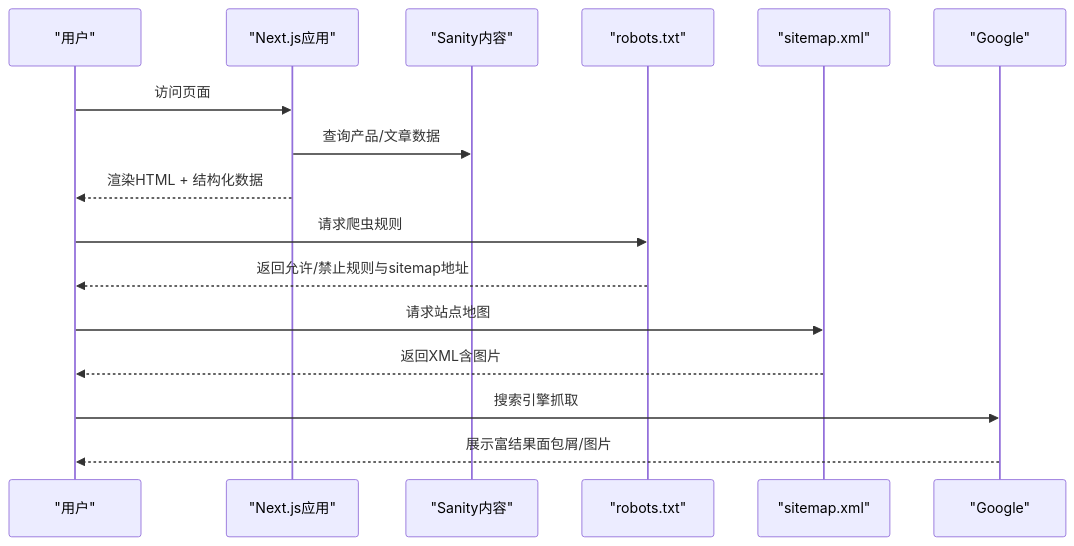
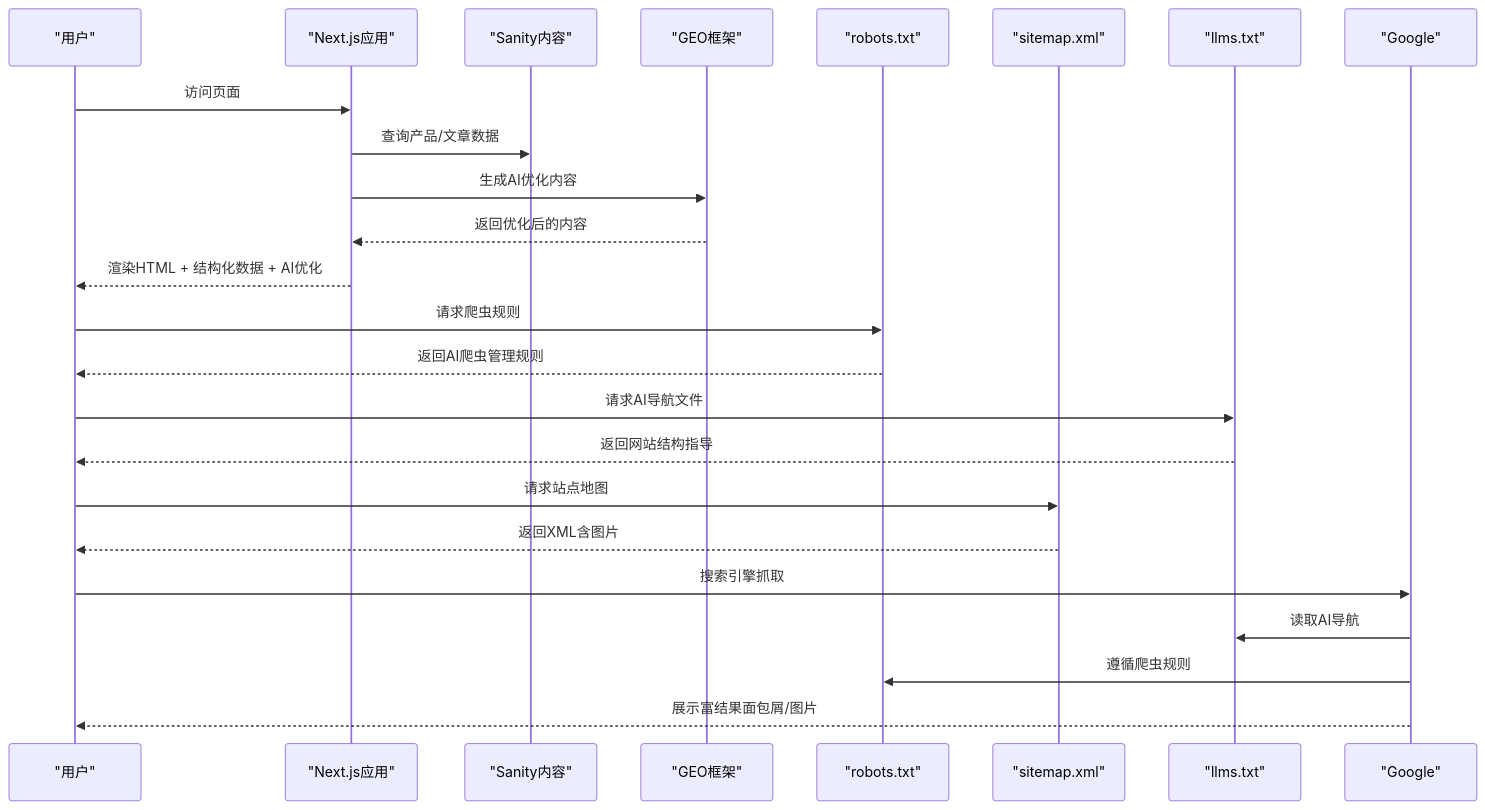
One commit to waltzhan/LEDTrade changed the second of 11 diagrams in .qoder/repowiki/zh/content/SEO优化系统/SEO优化系统.md. Above: the diagram before and after it, drawn with Mermaid. The commit also changed other lines of this file and 20 other files, not shown here.

````diff
--- a/.qoder/repowiki/zh/content/SEO优化系统/SEO优化系统.md
+++ b/.qoder/repowiki/zh/content/SEO优化系统/SEO优化系统.md
@@ -109,18 +187,26 @@
 ```mermaid
 sequenceDiagram
 participant U as "用户"
 participant N as "Next.js应用"
 participant S as "Sanity内容"
+participant GEO as "GEO框架"
 participant R as "robots.txt"
 participant SM as "sitemap.xml"
+participant L as "llms.txt"
 participant G as "Google"
 U->>N : 访问页面
 N->>S : 查询产品/文章数据
-N-->>U : 渲染HTML + 结构化数据
+N->>GEO : 生成AI优化内容
+GEO-->>N : 返回优化后的内容
+N-->>U : 渲染HTML + 结构化数据 + AI优化
 U->>R : 请求爬虫规则
-R-->>U : 返回允许/禁止规则与sitemap地址
+R-->>U : 返回AI爬虫管理规则
+U->>L : 请求AI导航文件
+L-->>U : 返回网站结构指导
 U->>SM : 请求站点地图
 SM-->>U : 返回XML含图片
 U->>G : 搜索引擎抓取
+G->>L : 读取AI导航
+G->>R : 遵循爬虫规则
 G-->>U : 展示富结果面包屑/图片
 ```
````
